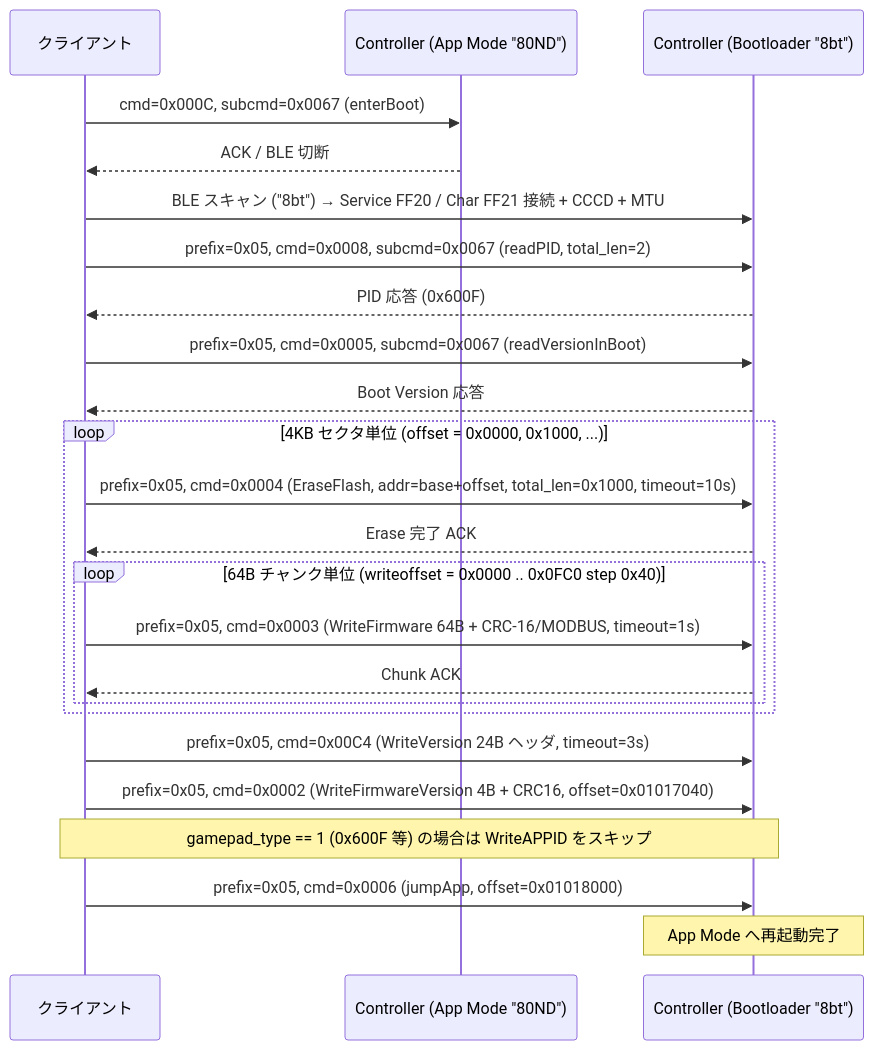
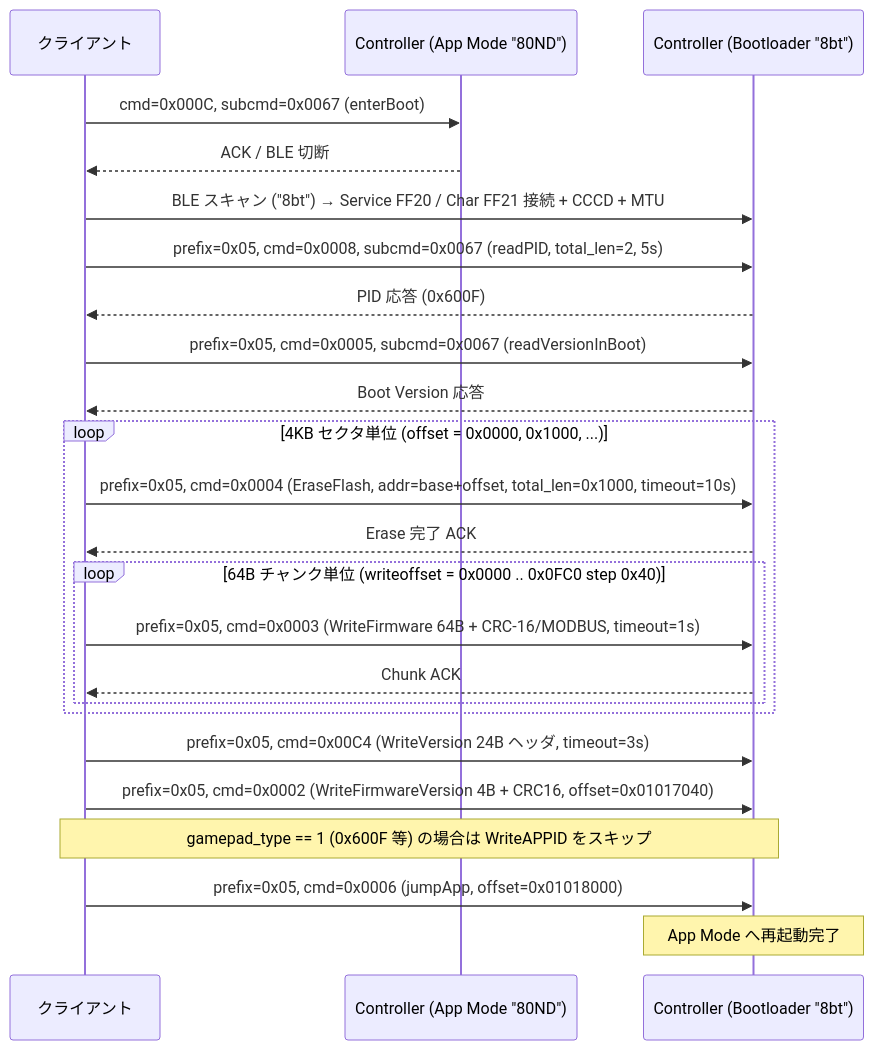
The third of 3 diagrams in docs/PROTOCOL_SPEC.md (haruki0420/8bitdo-ultimate2-suite), drawn with Mermaid before and after one commit. The commit also changed other lines of this file and 8 other files, not shown here.

````diff
--- a/docs/PROTOCOL_SPEC.md
+++ b/docs/PROTOCOL_SPEC.md
@@ -448,27 +452,27 @@
 ```mermaid
 sequenceDiagram
     participant Host as クライアント
     participant App as Controller (App Mode "80ND")
     participant Boot as Controller (Bootloader "8bt")
 
     Host->>App: cmd=0x000C, subcmd=0x0067 (enterBoot)
     App-->>Host: ACK / BLE 切断
     Host->>Boot: BLE スキャン ("8bt") → Service FF20 / Char FF21 接続 + CCCD + MTU
-    Host->>Boot: prefix=0x05, cmd=0x0008, subcmd=0x0067 (readPID, total_len=2)
+    Host->>Boot: prefix=0x05, cmd=0x0008, subcmd=0x0067 (readPID, total_len=2, 5s)
     Boot-->>Host: PID 応答 (0x600F)
     Host->>Boot: prefix=0x05, cmd=0x0005, subcmd=0x0067 (readVersionInBoot)
     Boot-->>Host: Boot Version 応答
     loop 4KB セクタ単位 (offset = 0x0000, 0x1000, ...)
         Host->>Boot: prefix=0x05, cmd=0x0004 (EraseFlash, addr=base+offset, total_len=0x1000, timeout=10s)
         Boot-->>Host: Erase 完了 ACK
         loop 64B チャンク単位 (writeoffset = 0x0000 .. 0x0FC0 step 0x40)
             Host->>Boot: prefix=0x05, cmd=0x0003 (WriteFirmware 64B + CRC-16/MODBUS, timeout=1s)
             Boot-->>Host: Chunk ACK
         end
     end
     Host->>Boot: prefix=0x05, cmd=0x00C4 (WriteVersion 24B ヘッダ, timeout=3s)
     Host->>Boot: prefix=0x05, cmd=0x0002 (WriteFirmwareVersion 4B + CRC16, offset=0x01017040)
     Note over Host,Boot: gamepad_type == 1 (0x600F 等) の場合は WriteAPPID をスキップ
     Host->>Boot: prefix=0x05, cmd=0x0006 (jumpApp, offset=0x01018000)
     Note over Boot: App Mode へ再起動完了
 ```
````
